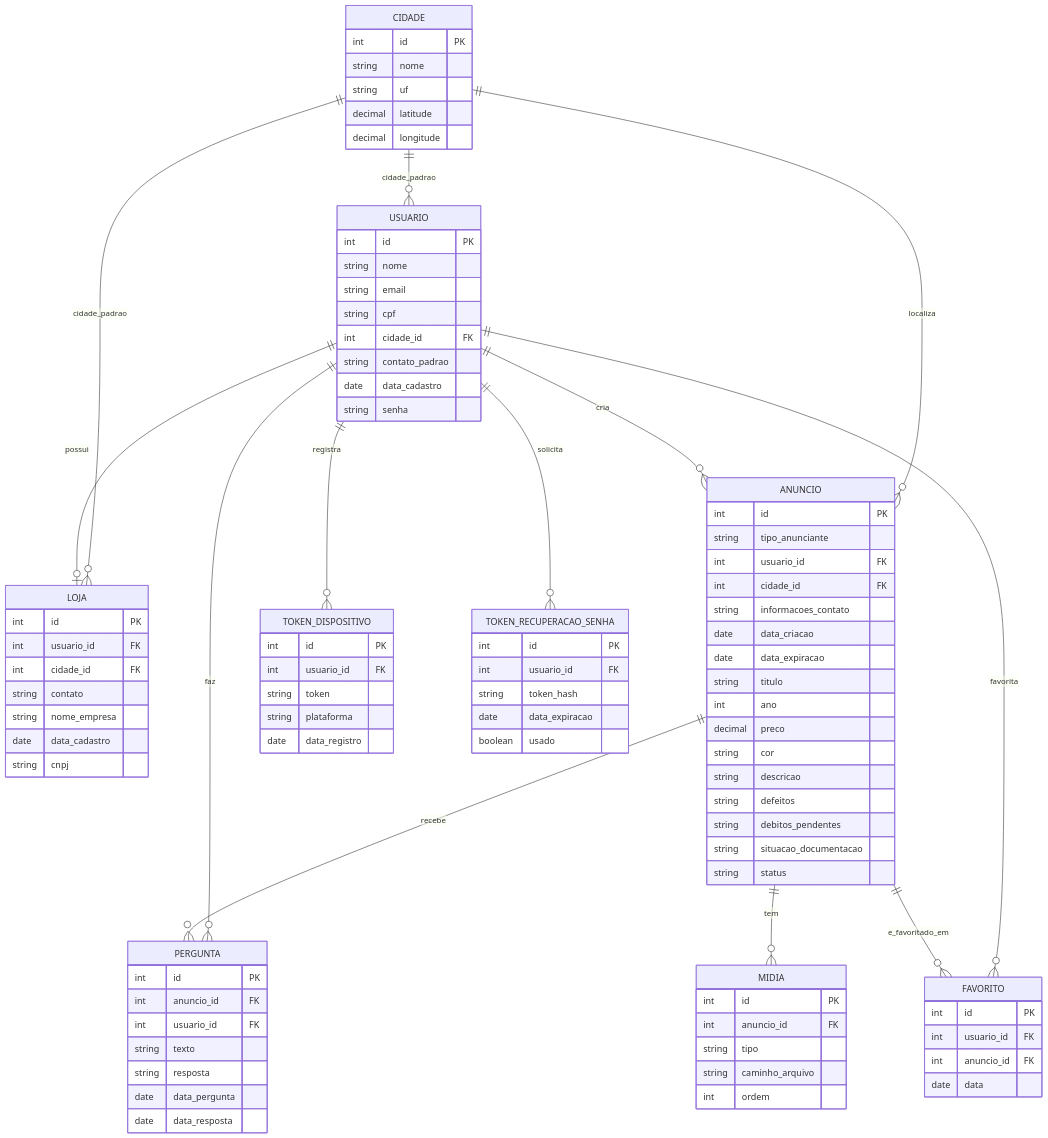
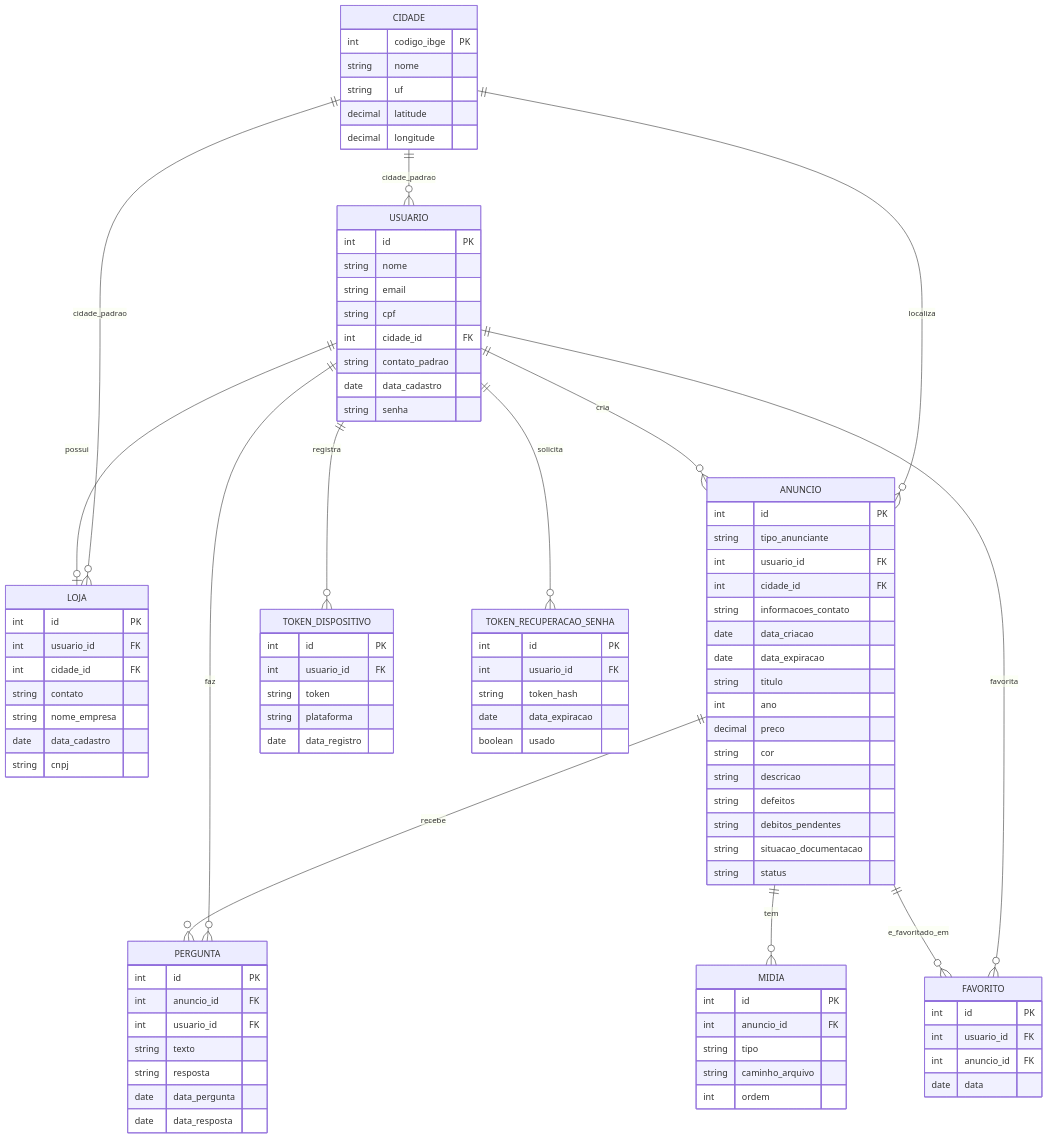
Before and after one commit to YanKayo23/BargainCar: the first of 2 diagrams in README.md, drawn with Mermaid. The commit also changed other lines of this file, not shown here.

```diff
--- a/README.md
+++ b/README.md
@@ -280,7 +280,7 @@
     USUARIO ||--o{ TOKEN_RECUPERACAO_SENHA : "solicita"
 
     CIDADE {
-        int id PK
+        int codigo_ibge PK
         string nome
         string uf
         decimal latitude
```
